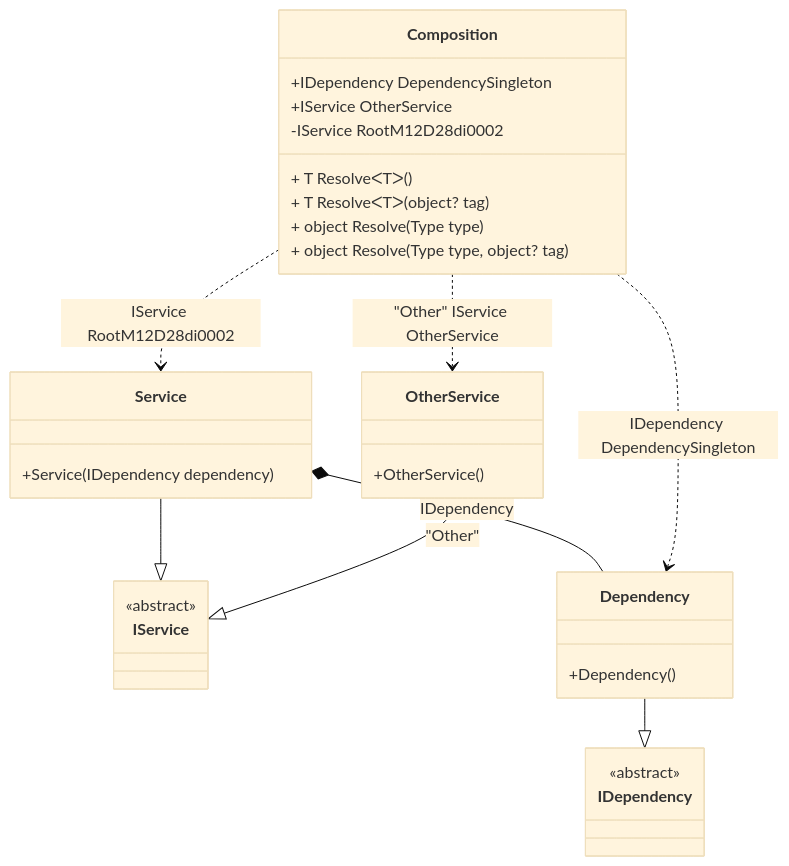
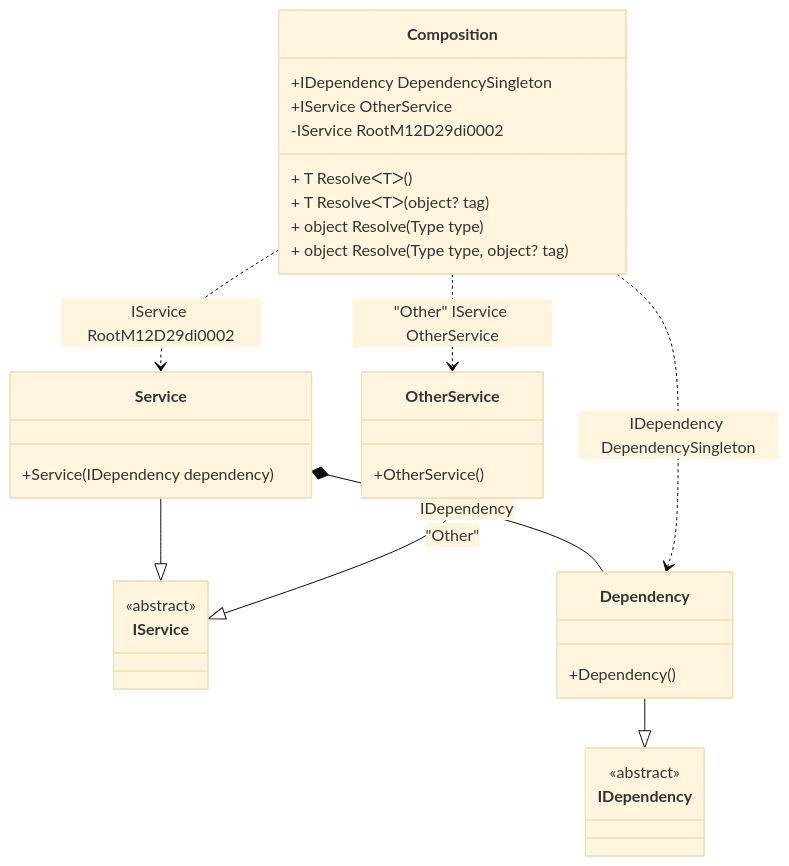
The diagram in readme/resolve-methods.md (DevTeam/Pure.DI), drawn with Mermaid (base theme) before and after one commit. The commit also changed other lines of this file and 59 other files, not shown here.

````diff
--- a/readme/resolve-methods.md
+++ b/readme/resolve-methods.md
@@ -45,34 +45,34 @@
 ```mermaid
 classDiagram
   class Composition {
     +IDependency DependencySingleton
     +IService OtherService
-    -IService RootM12D28di0002
+    -IService RootM12D29di0002
     + T ResolveᐸTᐳ()
     + T ResolveᐸTᐳ(object? tag)
     + object Resolve(Type type)
     + object Resolve(Type type, object? tag)
   }
   Service --|> IService : 
   class Service {
     +Service(IDependency dependency)
   }
   Dependency --|> IDependency : 
   class Dependency {
     +Dependency()
   }
   OtherService --|> IService : "Other" 
   class OtherService {
     +OtherService()
   }
   class IService {
     <<abstract>>
   }
   class IDependency {
     <<abstract>>
   }
   Service *--  Dependency : IDependency
   Composition ..> Dependency : IDependency DependencySingleton
-  Composition ..> Service : IService RootM12D28di0002
+  Composition ..> Service : IService RootM12D29di0002
   Composition ..> OtherService : "Other" IService OtherService
 ```
````
